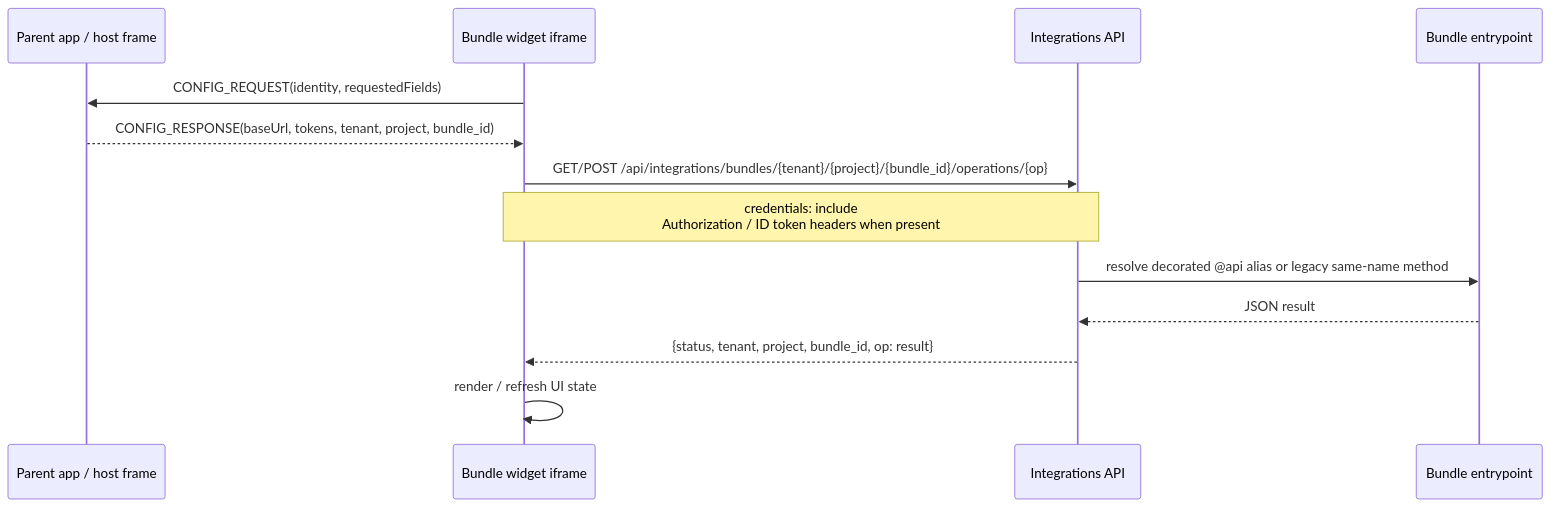
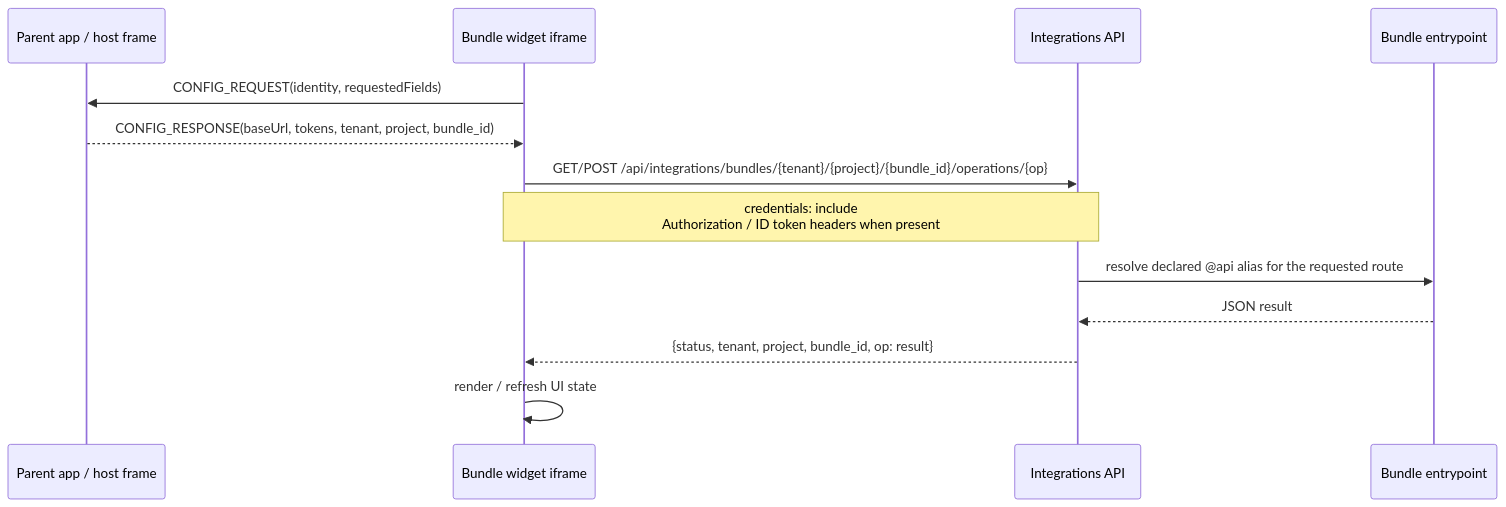
One commit to kdcube/kdcube-ai-app changed the second of 2 diagrams in app/ai-app/docs/sdk/bundle/bundle-interfaces-README.md. Above: the diagram before and after it, drawn with Mermaid. The commit also changed other lines of this file and 13 other files, not shown here.

Commit message:
Explicit bundle API routes and bind request context per call

````diff
--- a/app/ai-app/docs/sdk/bundle/bundle-interfaces-README.md
+++ b/app/ai-app/docs/sdk/bundle/bundle-interfaces-README.md
@@ -297,17 +322,17 @@
 ```mermaid
 sequenceDiagram
     participant Host as Parent app / host frame
     participant Widget as Bundle widget iframe
     participant API as Integrations API
     participant Bundle as Bundle entrypoint
 
     Widget->>Host: CONFIG_REQUEST(identity, requestedFields)
     Host-->>Widget: CONFIG_RESPONSE(baseUrl, tokens, tenant, project, bundle_id)
 
     Widget->>API: GET/POST /api/integrations/bundles/{tenant}/{project}/{bundle_id}/operations/{op}
     Note over Widget,API: credentials: include<br/>Authorization / ID token headers when present
-    API->>Bundle: resolve decorated @api alias or legacy same-name method
+    API->>Bundle: resolve declared @api alias for the requested route
     Bundle-->>API: JSON result
     API-->>Widget: {status, tenant, project, bundle_id, op: result}
     Widget->>Widget: render / refresh UI state
 ```
````
